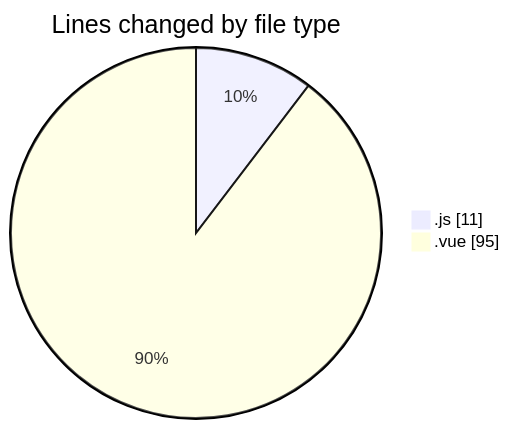
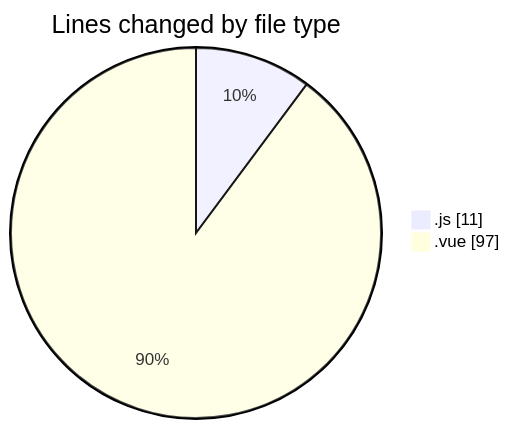
One commit to jcpc91/code-tracking changed the first of 2 diagrams in 2025-05-07/cancelacionsegurosvida/README.md. Above: the diagram before and after it, drawn with Mermaid. The commit also changed other lines of this file and 1 other file, not shown here.

````diff
--- a/2025-05-07/cancelacionsegurosvida/README.md
+++ b/2025-05-07/cancelacionsegurosvida/README.md
@@ -21,6 +21,6 @@
 ```mermaid
 pie showData
 title Lines changed by file type
 ".js" : 11
-".vue" : 95
+".vue" : 97
 ```
````
